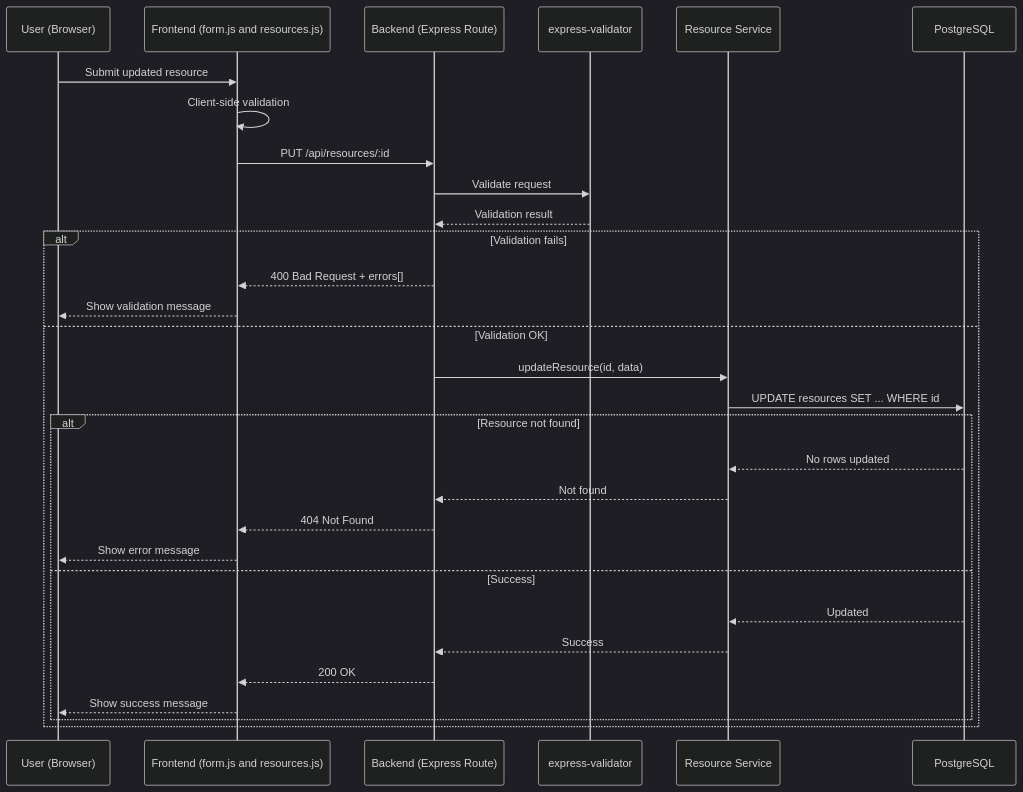
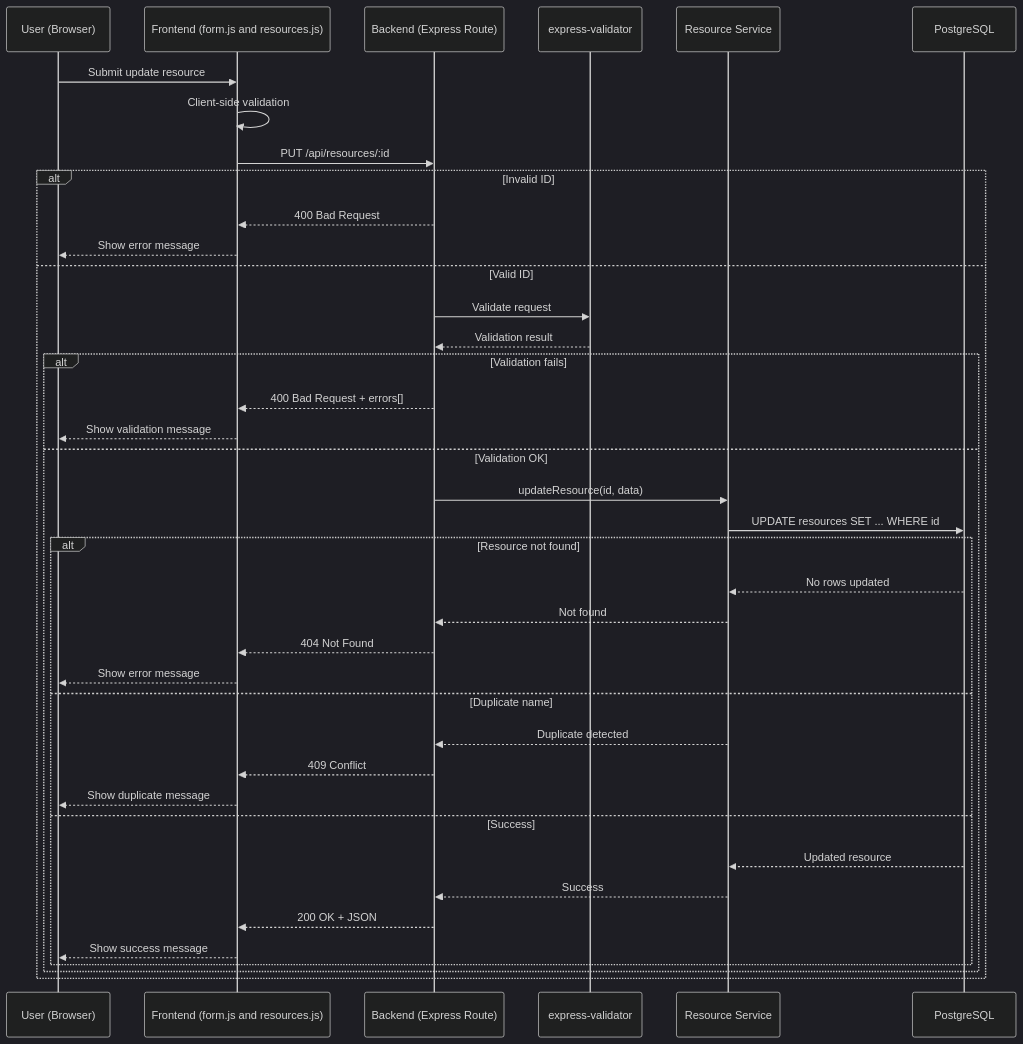
The third of 4 diagrams in BookingSystem/Phase6/G1_CRUD_DataFlow.md (enlundjonas/AdvancedWebDevelopment2026), drawn with Mermaid (dark theme) before and after one commit. The commit also changed other lines of this file, not shown here.

````diff
--- a/BookingSystem/Phase6/G1_CRUD_DataFlow.md
+++ b/BookingSystem/Phase6/G1_CRUD_DataFlow.md
@@ -72,36 +97,45 @@
 ```mermaid
 sequenceDiagram
 participant U as User (Browser)
 participant F as Frontend (form.js and resources.js)
 participant B as Backend (Express Route)
 participant V as express-validator
 participant S as Resource Service
 participant DB as PostgreSQL
 
-U->>F: Submit updated resource
+U->>F: Submit update resource
 F->>F: Client-side validation
 F->>B: PUT /api/resources/:id
 
-B->>V: Validate request
-V-->>B: Validation result
+alt Invalid ID
+    B-->>F: 400 Bad Request
+    F-->>U: Show error message
+else Valid ID
+    B->>V: Validate request
+    V-->>B: Validation result
 
-alt Validation fails
-    B-->>F: 400 Bad Request + errors[]
-    F-->>U: Show validation message
-else Validation OK
-    B->>S: updateResource(id, data)
-    S->>DB: UPDATE resources SET ... WHERE id
+    alt Validation fails
+        B-->>F: 400 Bad Request + errors[]
+        F-->>U: Show validation message
+    else Validation OK
+        B->>S: updateResource(id, data)
+        S->>DB: UPDATE resources SET ... WHERE id
 
-    alt Resource not found
-        DB-->>S: No rows updated
-        S-->>B: Not found
-        B-->>F: 404 Not Found
-        F-->>U: Show error message
-    else Success
-        DB-->>S: Updated
-        S-->>B: Success
-        B-->>F: 200 OK
-        F-->>U: Show success message
+        alt Resource not found
+            DB-->>S: No rows updated
+            S-->>B: Not found
+            B-->>F: 404 Not Found
+            F-->>U: Show error message
+        else Duplicate name
+            S-->>B: Duplicate detected
+            B-->>F: 409 Conflict
+            F-->>U: Show duplicate message
+        else Success
+            DB-->>S: Updated resource
+            S-->>B: Success
+            B-->>F: 200 OK + JSON
+            F-->>U: Show success message
+        end
     end
 end
 ```
````
